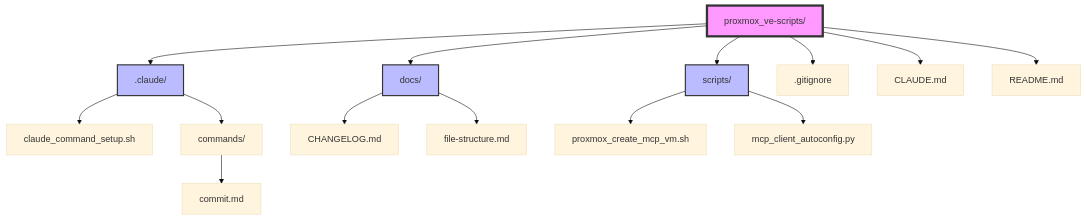
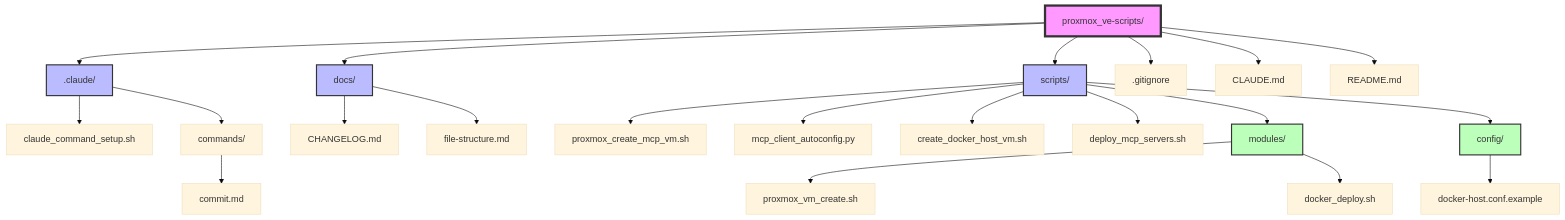
One commit to notdabob/proxmox-ve-scripts changed the diagram in docs/file-structure.md. Above: the diagram before and after it, drawn with Mermaid (base theme). The commit also changed other lines of this file and 8 other files, not shown here.

````diff
--- a/docs/file-structure.md
+++ b/docs/file-structure.md
@@ -7,24 +7,35 @@
 ```mermaid
 graph TD
     A[proxmox_ve-scripts/] --> B[.claude/]
     A --> C[docs/]
     A --> D[scripts/]
     A --> E[.gitignore]
     A --> F[CLAUDE.md]
     A --> G[README.md]
 
     B --> H[claude_command_setup.sh]
     B --> I[commands/]
     I --> J[commit.md]
 
     C --> K[CHANGELOG.md]
     C --> L[file-structure.md]
 
     D --> M[proxmox_create_mcp_vm.sh]
     D --> N[mcp_client_autoconfig.py]
+    D --> O[create_docker_host_vm.sh]
+    D --> P[deploy_mcp_servers.sh]
+    D --> Q[modules/]
+    D --> R[config/]
+
+    Q --> S[proxmox_vm_create.sh]
+    Q --> T[docker_deploy.sh]
+
+    R --> U[docker-host.conf.example]
 
     style A fill:#f9f,stroke:#333,stroke-width:4px
     style B fill:#bbf,stroke:#333,stroke-width:2px
     style C fill:#bbf,stroke:#333,stroke-width:2px
     style D fill:#bbf,stroke:#333,stroke-width:2px
+    style Q fill:#bfb,stroke:#333,stroke-width:2px
+    style R fill:#bfb,stroke:#333,stroke-width:2px
 ```
````
